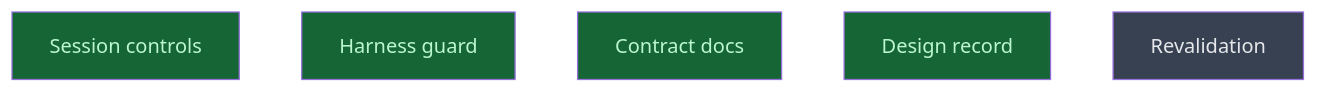
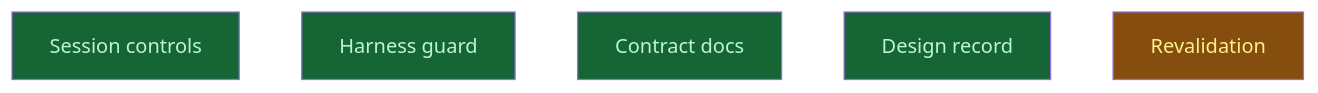
The diagram in __roadmap__/m4-session-runner/traits/core/runs/closeout/README.md (CrackingShells/Candler), drawn with Mermaid before and after one commit. The commit also changed other lines of this file and 1 other file, not shown here.

Commit message:
rdm(runner): start l5

````diff
--- a/__roadmap__/m4-session-runner/traits/core/runs/closeout/README.md
+++ b/__roadmap__/m4-session-runner/traits/core/runs/closeout/README.md
@@ -17,13 +17,13 @@
 ```mermaid
 graph TD
     session_controls[Session controls]:::done
     harness_guard[Harness guard]:::done
     contract_docs[Contract docs]:::done
     design_record[Design record]:::done
-    revalidation[Revalidation]:::planned
+    revalidation[Revalidation]:::inprogress
     classDef done       fill:#166534,color:#bbf7d0
     classDef inprogress fill:#854d0e,color:#fef08a
     classDef planned    fill:#374151,color:#e5e7eb
     classDef amendment  fill:#1e3a5f,color:#bfdbfe
     classDef blocked    fill:#7f1d1d,color:#fecaca
 ```
````
